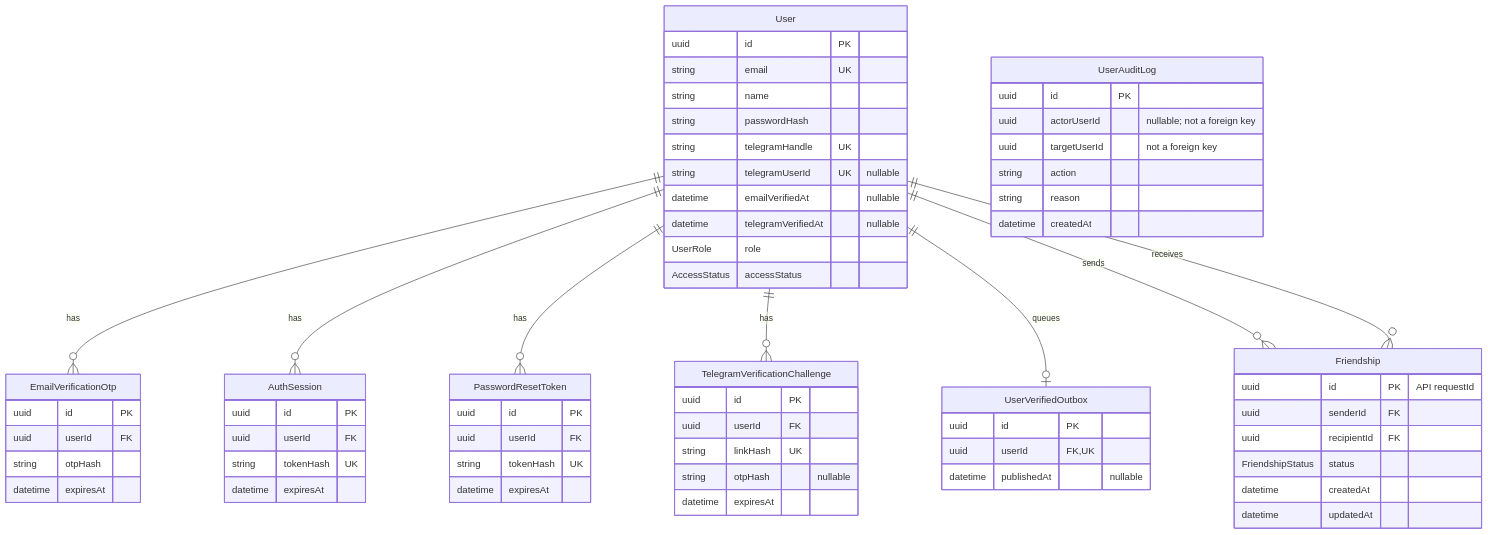
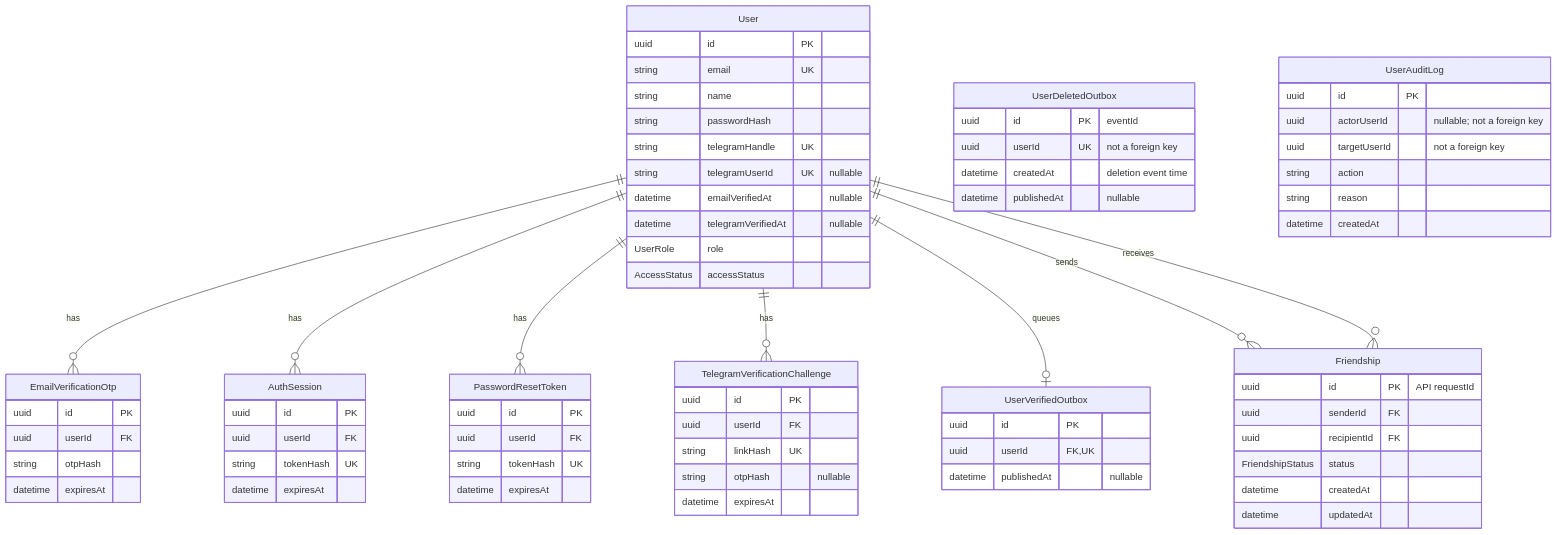
One commit to CS3219-AY2627S1/FoC-Template changed the diagram in user-service/docs/schema.md. Above: the diagram before and after it, drawn with Mermaid. The commit also changed other lines of this file and 16 other files, not shown here.

Commit message:
feat(user): publish final account deletion events through Kafka

````diff
--- a/user-service/docs/schema.md
+++ b/user-service/docs/schema.md
@@ -13,69 +13,75 @@
 ```mermaid
 erDiagram
     User ||--o{ EmailVerificationOtp : has
     User ||--o{ AuthSession : has
     User ||--o{ PasswordResetToken : has
     User ||--o{ TelegramVerificationChallenge : has
     User ||--o| UserVerifiedOutbox : queues
     User ||--o{ Friendship : sends
     User ||--o{ Friendship : receives
 
     User {
         uuid id PK
         string email UK
         string name
         string passwordHash
         string telegramHandle UK
         string telegramUserId UK "nullable"
         datetime emailVerifiedAt "nullable"
         datetime telegramVerifiedAt "nullable"
         UserRole role
         AccessStatus accessStatus
     }
     Friendship {
         uuid id PK "API requestId"
         uuid senderId FK
         uuid recipientId FK
         FriendshipStatus status
         datetime createdAt
         datetime updatedAt
     }
     EmailVerificationOtp {
         uuid id PK
         uuid userId FK
         string otpHash
         datetime expiresAt
     }
     AuthSession {
         uuid id PK
         uuid userId FK
         string tokenHash UK
         datetime expiresAt
     }
     PasswordResetToken {
         uuid id PK
         uuid userId FK
         string tokenHash UK
         datetime expiresAt
     }
     TelegramVerificationChallenge {
         uuid id PK
         uuid userId FK
         string linkHash UK
         string otpHash "nullable"
         datetime expiresAt
     }
     UserVerifiedOutbox {
         uuid id PK
         uuid userId FK,UK
         datetime publishedAt "nullable"
     }
+    UserDeletedOutbox {
+        uuid id PK "eventId"
+        uuid userId UK "not a foreign key"
+        datetime createdAt "deletion event time"
+        datetime publishedAt "nullable"
+    }
     UserAuditLog {
         uuid id PK
         uuid actorUserId "nullable; not a foreign key"
         uuid targetUserId "not a foreign key"
         string action
         string reason
         datetime createdAt
     }
 ```
````
